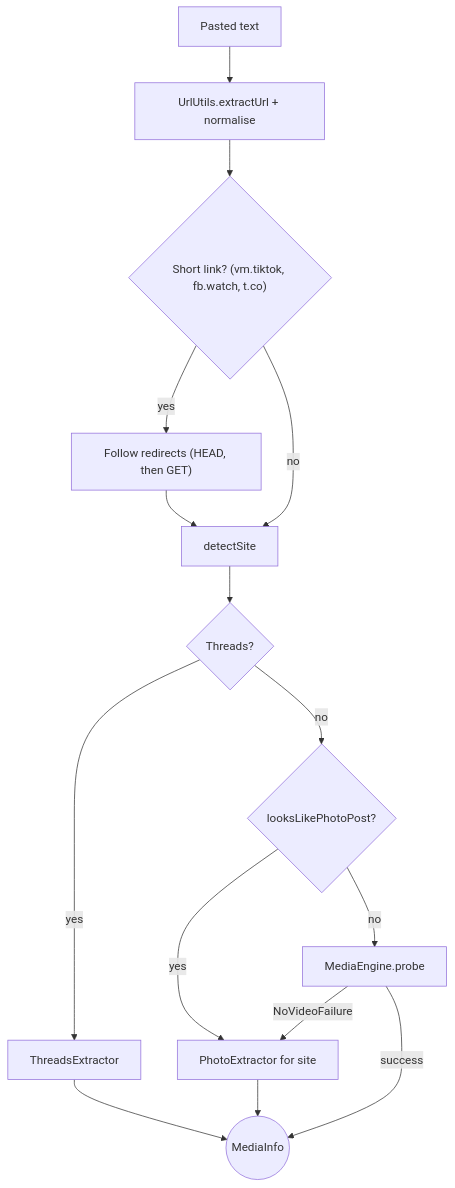
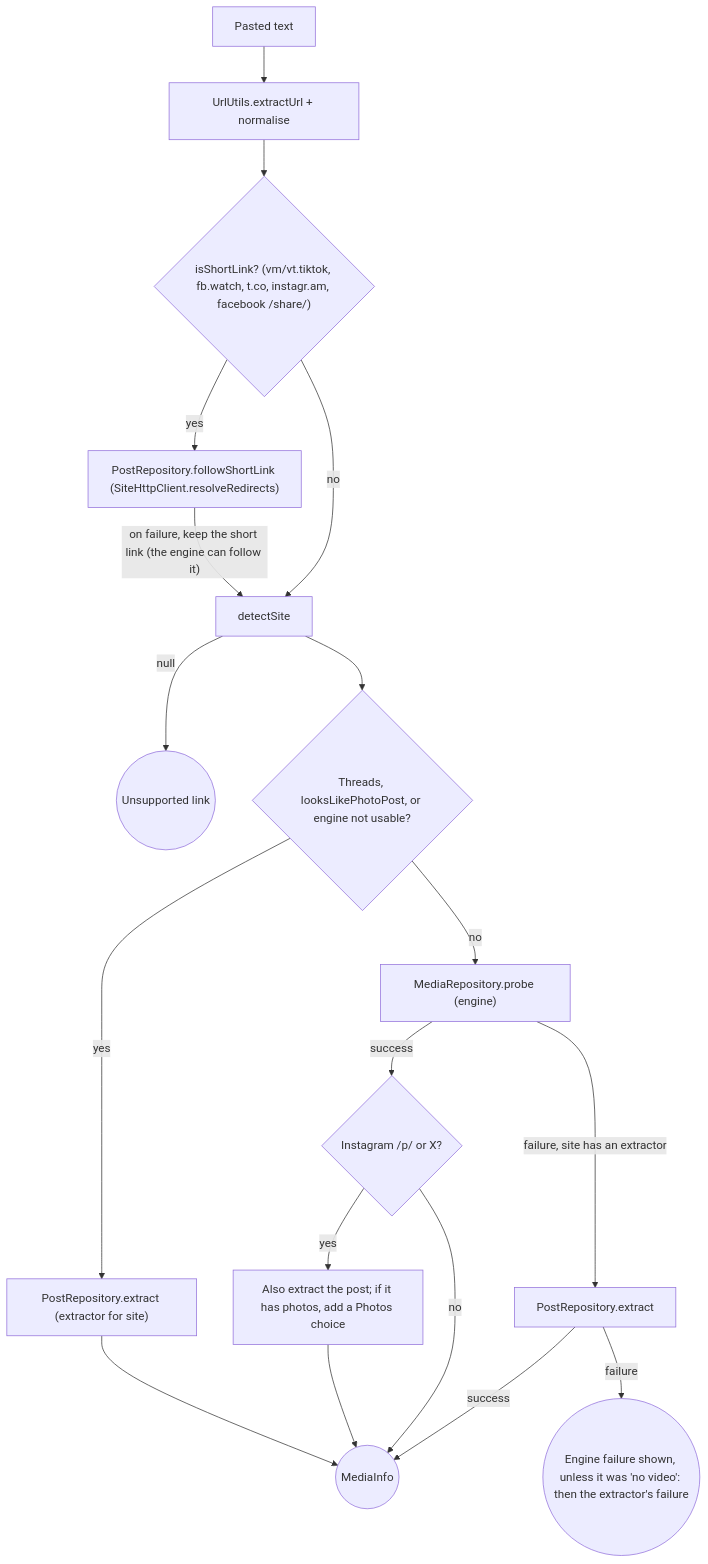
Before and after one commit to gaurishankar007/Flutter-Media-Downloader: the diagram in docs/extractors/photo_extractors.md, drawn with Mermaid. The commit also changed other lines of this file and 53 other files, not shown here.

````diff
--- a/docs/extractors/photo_extractors.md
+++ b/docs/extractors/photo_extractors.md
@@ -25,16 +37,20 @@
 ```mermaid
 flowchart TD
     A["Pasted text"] --> B["UrlUtils.extractUrl + normalise"]
-    B --> C{"Short link? (vm.tiktok, fb.watch, t.co)"}
-    C -- yes --> D["Follow redirects (HEAD, then GET)"]
+    B --> C{"isShortLink? (vm/vt.tiktok, fb.watch, t.co, instagr.am, facebook /share/)"}
+    C -- yes --> D["PostRepository.followShortLink (SiteHttpClient.resolveRedirects)"]
     C -- no --> E
-    D --> E["detectSite"]
-    E --> F{"Threads?"}
-    F -- yes --> T["ThreadsExtractor"]
-    F -- no --> G{"looksLikePhotoPost?"}
-    G -- yes --> P["PhotoExtractor for site"]
-    G -- no --> H["MediaEngine.probe"]
-    H -- "NoVideoFailure" --> P
-    H -- success --> OK(("MediaInfo"))
-    P & T --> OK
+    D -- "on failure, keep the short link (the engine can follow it)" --> E["detectSite"]
+    E -- "null" --> U(("Unsupported link"))
+    E --> F{"Threads, looksLikePhotoPost, or engine not usable?"}
+    F -- yes --> P["PostRepository.extract (extractor for site)"]
+    F -- no --> H["MediaRepository.probe (engine)"]
+    H -- success --> W{"Instagram /p/ or X?"}
+    W -- yes --> X["Also extract the post; if it has photos, add a Photos choice"]
+    W -- no --> OK(("MediaInfo"))
+    X --> OK
+    H -- "failure, site has an extractor" --> P2["PostRepository.extract"]
+    P2 -- success --> OK
+    P2 -- failure --> R(("Engine failure shown, unless it was 'no video': then the extractor's failure"))
+    P --> OK
 ```
````
